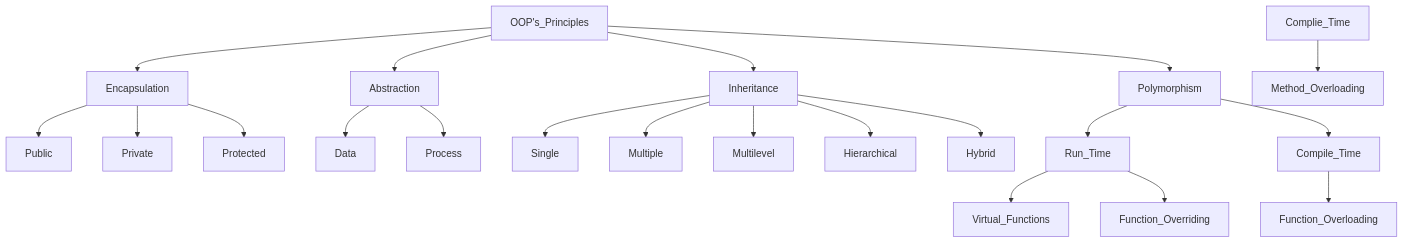
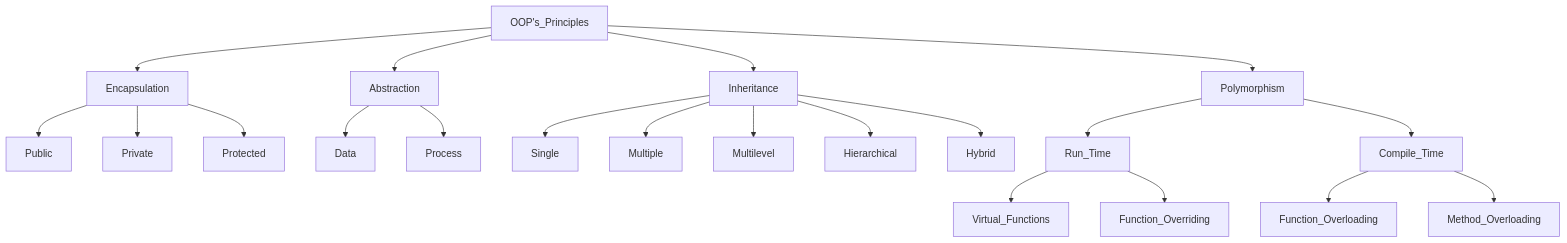
Before and after one commit to tusharkhanna575/Object-Oriented-Programming: the second of 2 diagrams in readme.md, drawn with Mermaid.

Commit message:
corrected typo

````diff
--- a/readme.md
+++ b/readme.md
@@ -333,23 +333,23 @@
 ```mermaid
 flowchart TD;
 OOP's_Principles-->Encapsulation
 OOP's_Principles-->Abstraction
 OOP's_Principles-->Inheritance
 OOP's_Principles-->Polymorphism
 Encapsulation-->Public
 Encapsulation-->Private
 Encapsulation-->Protected
 Abstraction-->Data
 Abstraction-->Process
 Inheritance-->Single
 Inheritance-->Multiple
 Inheritance-->Multilevel
 Inheritance-->Hierarchical
 Inheritance-->Hybrid
 Polymorphism-->Run_Time
 Polymorphism-->Compile_Time
 Run_Time-->Virtual_Functions
 Run_Time-->Function_Overriding
 Compile_Time-->Function_Overloading
-Complie_Time-->Method_Overloading
+Compile_Time-->Method_Overloading
 ```
````
